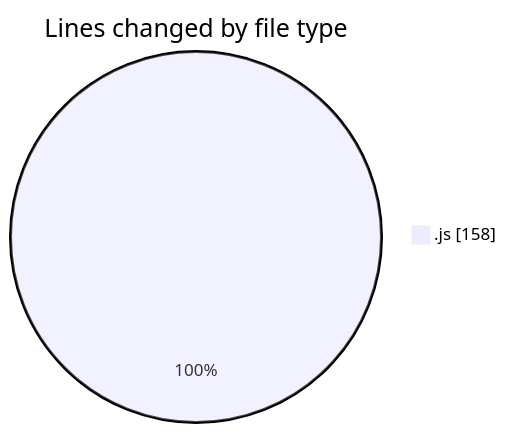
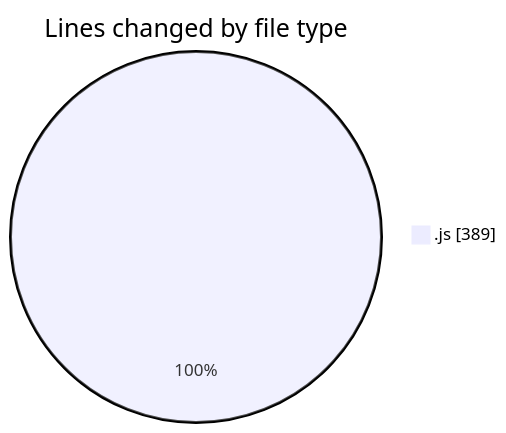
One commit to nxtqubesakshisongat/code-tracking changed the first of 2 diagrams in 2025-05-30/nxtqube_webapp/README.md. Above: the diagram before and after it, drawn with Mermaid. The commit also changed other lines of this file and 1 other file, not shown here.

````diff
--- a/2025-05-30/nxtqube_webapp/README.md
+++ b/2025-05-30/nxtqube_webapp/README.md
@@ -21,5 +22,5 @@
 ```mermaid
 pie showData
 title Lines changed by file type
-".js" : 158
+".js" : 389
 ```
````
